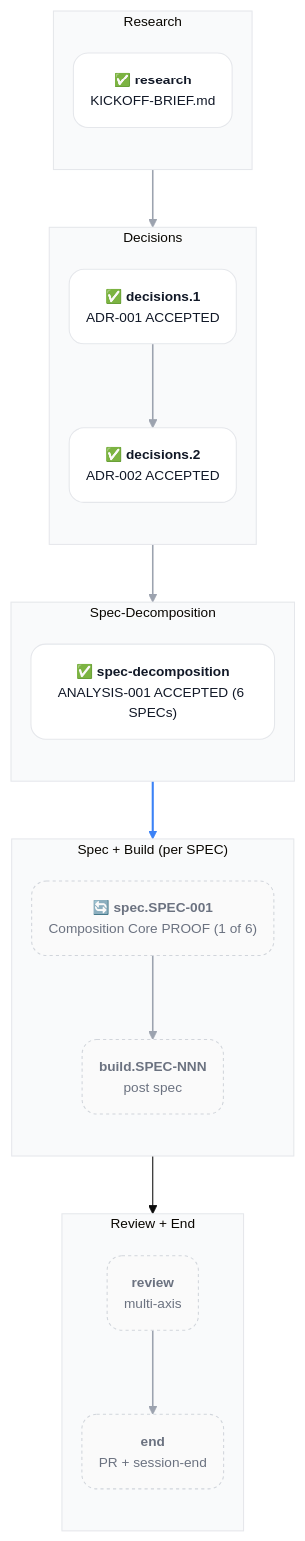
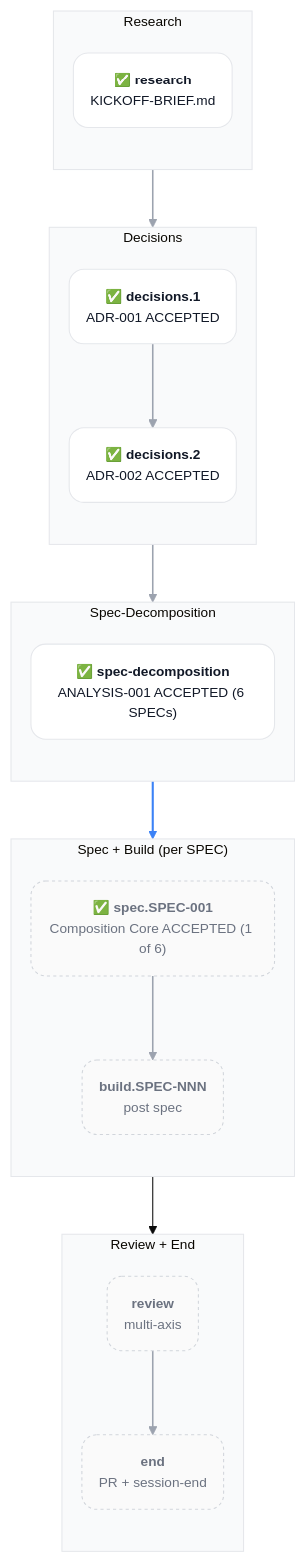
Before and after one commit to acmelabs-15/skills: the first of 3 diagrams in docs/planning/PLAN-001-skills-ecosystem.md, drawn with Mermaid. The commit also changed other lines of this file and 3 other files, not shown here.

````diff
--- a/docs/planning/PLAN-001-skills-ecosystem.md
+++ b/docs/planning/PLAN-001-skills-ecosystem.md
@@ -77,49 +77,49 @@
 ```mermaid
 %%{init: {'theme':'base','flowchart':{'curve':'stepAfter','nodeSpacing':18,'rankSpacing':55,'padding':16,'diagramPadding':20,'htmlLabels':true},'themeVariables':{'fontFamily':'-apple-system, BlinkMacSystemFont, system-ui, sans-serif','fontSize':'13px','clusterBkg':'#f9fafb','clusterBorder':'#e5e7eb'},'themeCSS':'.edgePath path, .flowchart-link { stroke-linejoin: round !important; stroke-linecap: round !important; } .cluster-label .nodeLabel { font-family: ui-monospace, SFMono-Regular, Menlo, monospace !important; font-size: 11px !important; font-weight: 600 !important; letter-spacing: 0.1em !important; text-transform: uppercase !important; color: #6b7280 !important; }'}}%%
 graph TD
 
   classDef done fill:#ffffff,stroke:#e5e7eb,stroke-width:1px,color:#111827,rx:14,ry:14
   classDef pending fill:#fafafa,stroke:#d1d5db,stroke-width:1px,color:#6b7280,stroke-dasharray:3 3,rx:14,ry:14
 
   subgraph R ["Research"]
     direction TB
     research("✅ <b>research</b><br/><span style='color:#6b7280;font-size:11px'>KICKOFF-BRIEF.md</span>")
   end
 
   subgraph D ["Decisions"]
     direction TB
     d1("✅ <b>decisions.1</b><br/><span style='color:#6b7280;font-size:11px'>ADR-001 ACCEPTED</span>")
     d2("✅ <b>decisions.2</b><br/><span style='color:#6b7280;font-size:11px'>ADR-002 ACCEPTED</span>")
   end
 
   subgraph S ["Spec-Decomposition"]
     direction TB
     sd("✅ <b>spec-decomposition</b><br/><span style='color:#6b7280;font-size:11px'>ANALYSIS-001 ACCEPTED (6 SPECs)</span>")
   end
 
   subgraph SB ["Spec + Build (per SPEC)"]
     direction TB
-    spec_n("🔄 <b>spec.SPEC-001</b><br/><span style='color:#6b7280;font-size:11px'>Composition Core PROOF (1 of 6)</span>")
+    spec_n("✅ <b>spec.SPEC-001</b><br/><span style='color:#6b7280;font-size:11px'>Composition Core ACCEPTED (1 of 6)</span>")
     build_n("<b>build.SPEC-NNN</b><br/><span style='color:#6b7280;font-size:11px'>post spec</span>")
     spec_n --> build_n
   end
 
   subgraph RE ["Review + End"]
     direction TB
     review("<b>review</b><br/><span style='color:#6b7280;font-size:11px'>multi-axis</span>")
     fin("<b>end</b><br/><span style='color:#6b7280;font-size:11px'>PR + session-end</span>")
     review --> fin
   end
 
   research --> d1
   d1 --> d2
   d2 --> sd
   sd --> spec_n
   build_n --> review
 
   class research,d1,d2,sd done
   class spec_n,build_n,review,fin pending
 
   linkStyle 0,1,2,3,4 stroke:#9ca3af,stroke-width:1.5px
   linkStyle 5 stroke:#3b82f6,stroke-width:2px
 ```
````
